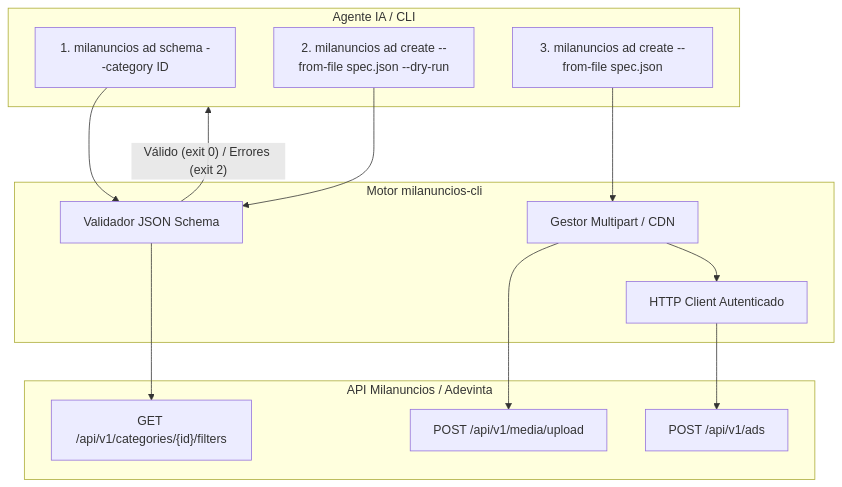
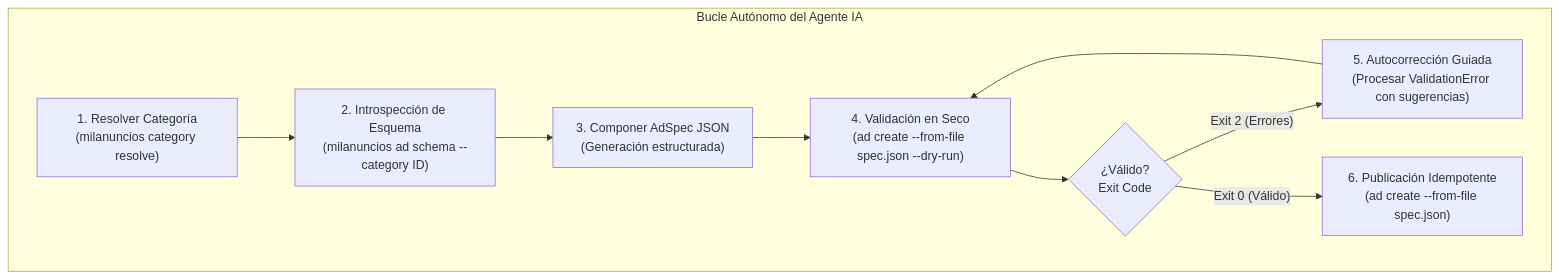
Before and after one commit to gek0v/milanuncios-cli: the first of 4 diagrams in docs/milanuncios-cli/02-account-actions-specification.md, drawn with Mermaid. The commit also changed other lines of this file, not shown here.

Commit message:
docs: enrich account actions spec for agent-first declarative workflows

````diff
--- a/docs/milanuncios-cli/02-account-actions-specification.md
+++ b/docs/milanuncios-cli/02-account-actions-specification.md
@@ -57,29 +17,20 @@
 ```mermaid
 flowchart TD
-    subgraph AgentAction ["Agente IA / CLI"]
-        SIntrospect["1. milanuncios ad schema --category ID"]
-        SDryRun["2. milanuncios ad create --from-file spec.json --dry-run"]
-        SCommit["3. milanuncios ad create --from-file spec.json"]
+    subgraph AgentLoop ["Bucle Autónomo del Agente IA"]
+        Resolve["1. Resolver Categoría\n(milanuncios category resolve)"]
+        Schema["2. Introspección de Esquema\n(milanuncios ad schema --category ID)"]
+        Compose["3. Componer AdSpec JSON\n(Generación estructurada)"]
+        DryRun["4. Validación en Seco\n(ad create --from-file spec.json --dry-run)"]
+        CheckResult{"¿Válido?\nExit Code"}
+        SelfHeal["5. Autocorrección Guiada\n(Procesar ValidationError con sugerencias)"]
+        Execute["6. Publicación Idempotente\n(ad create --from-file spec.json)"]
     end
 
-    subgraph CoreEngine ["Motor milanuncios-cli"]
-        Val["Validador JSON Schema"]
-        MediaUploader["Gestor Multipart / CDN"]
-        ClientCore["HTTP Client Autenticado"]
-    end
-
-    subgraph MilanunciosAPI ["API Milanuncios / Adevinta"]
-        CatsEndpoint["GET /api/v1/categories/{id}/filters"]
-        MediaEndpoint["POST /api/v1/media/upload"]
-        AdsEndpoint["POST /api/v1/ads"]
-    end
-
-    SIntrospect --> Val
-    Val --> CatsEndpoint
-    SDryRun --> Val
-    Val -- "Válido (exit 0) / Errores (exit 2)" --> AgentAction
-    SCommit --> MediaUploader
-    MediaUploader --> MediaEndpoint
-    MediaUploader --> ClientCore
-    ClientCore --> AdsEndpoint
+    Resolve --> Schema
+    Schema --> Compose
+    Compose --> DryRun
+    DryRun --> CheckResult
+    CheckResult -- "Exit 2 (Errores)" --> SelfHeal
+    SelfHeal --> DryRun
+    CheckResult -- "Exit 0 (Válido)" --> Execute
 ```
````
